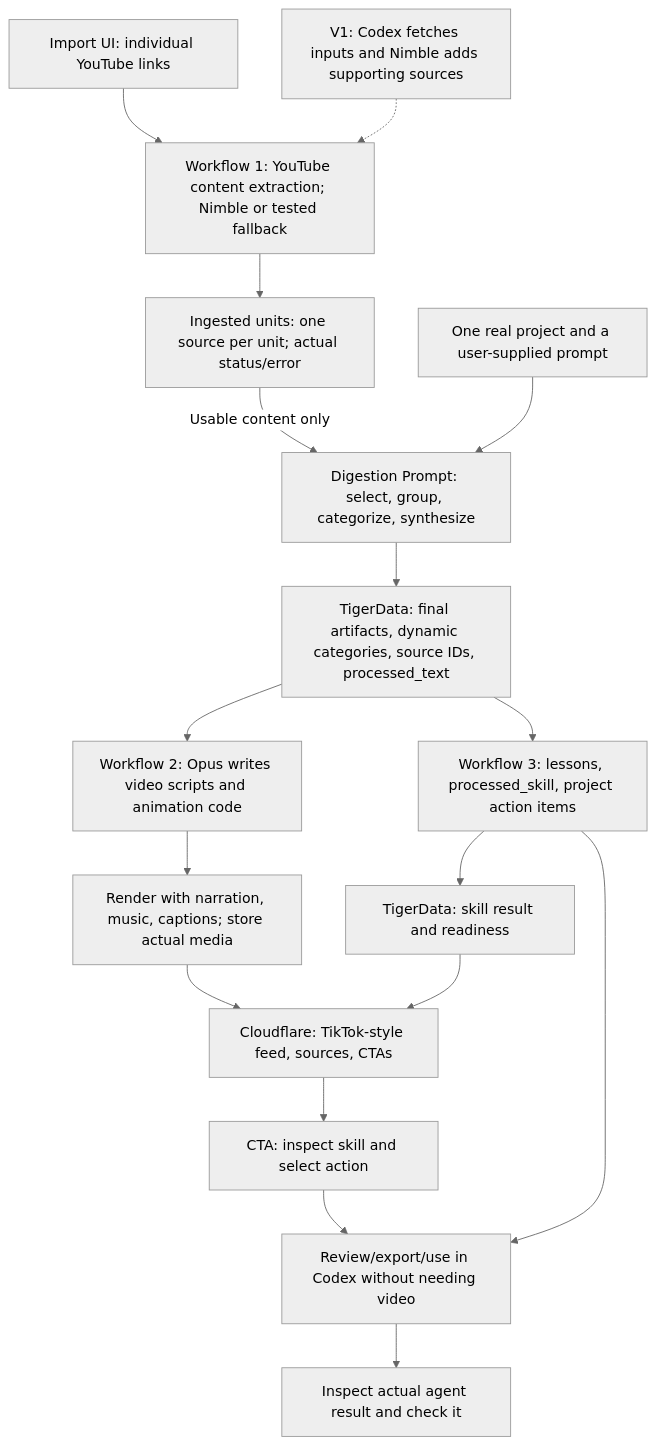
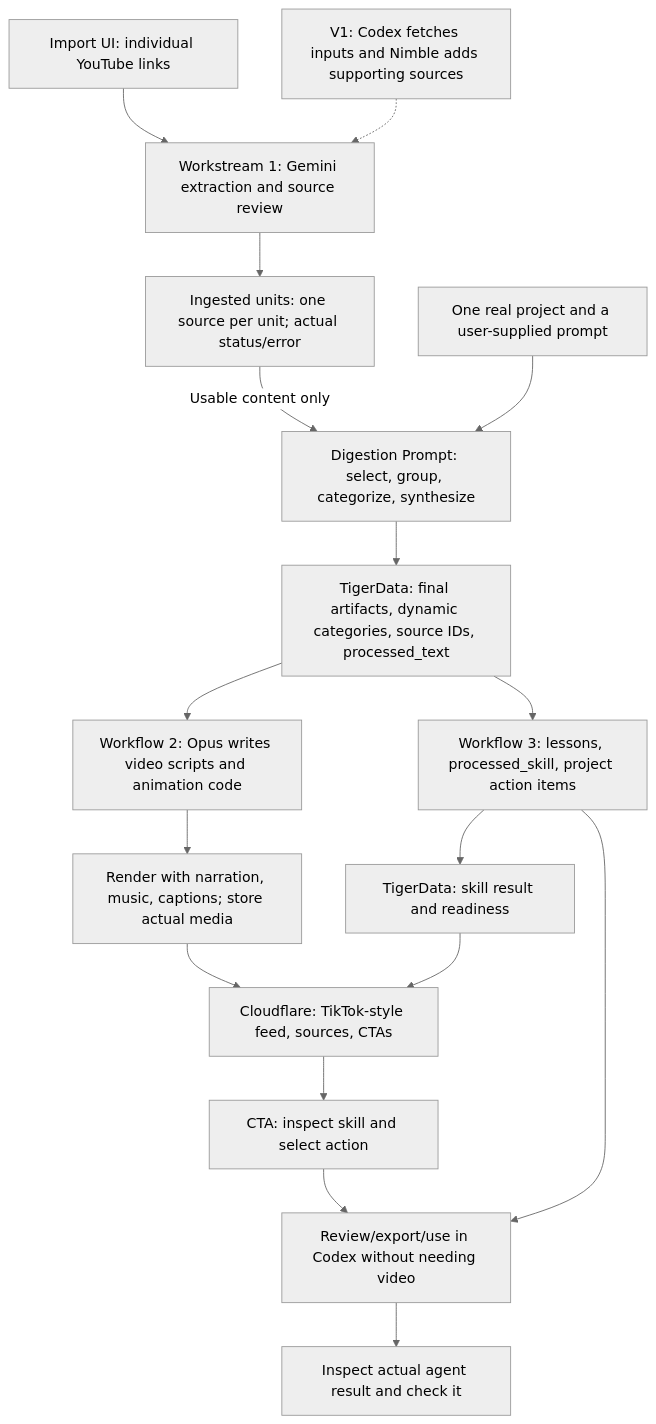
The diagram in docs/project-actions-spec.md (AnalystTom/Major-League-Hacking-Hack-), drawn with Mermaid (neutral theme) before and after one commit. The commit also changed other lines of this file, not shown here.

Commit message:
docs: clarify workstream 2 schema and delivery contract

````diff
--- a/docs/project-actions-spec.md
+++ b/docs/project-actions-spec.md
@@ -56,19 +45,19 @@
 ```mermaid
 flowchart TD
-  R["Import UI: individual YouTube links"] --> I["Workflow 1: YouTube content extraction; Nimble or tested fallback"]
+  R["Import UI: individual YouTube links"] --> I["Workstream 1: Gemini extraction and source review"]
   I --> U["Ingested units: one source per unit; actual status/error"]
   U -->|Usable content only| D["Digestion Prompt: select, group, categorize, synthesize"]
   P["One real project and a user-supplied prompt"] --> D
   D --> T["TigerData: final artifacts, dynamic categories, source IDs, processed_text"]
   T --> V["Workflow 2: Opus writes video scripts and animation code"]
   V --> M["Render with narration, music, captions; store actual media"]
   M --> F["Cloudflare: TikTok-style feed, sources, CTAs"]
   T --> S["Workflow 3: lessons, processed_skill, project action items"]
   S --> K["TigerData: skill result and readiness"]
   K --> F
   S --> X["Review/export/use in Codex without needing video"]
   F --> C["CTA: inspect skill and select action"]
   C --> X
   X --> Q["Inspect actual agent result and check it"]
   L["V1: Codex fetches inputs and Nimble adds supporting sources"] -.-> I
 ```
````
